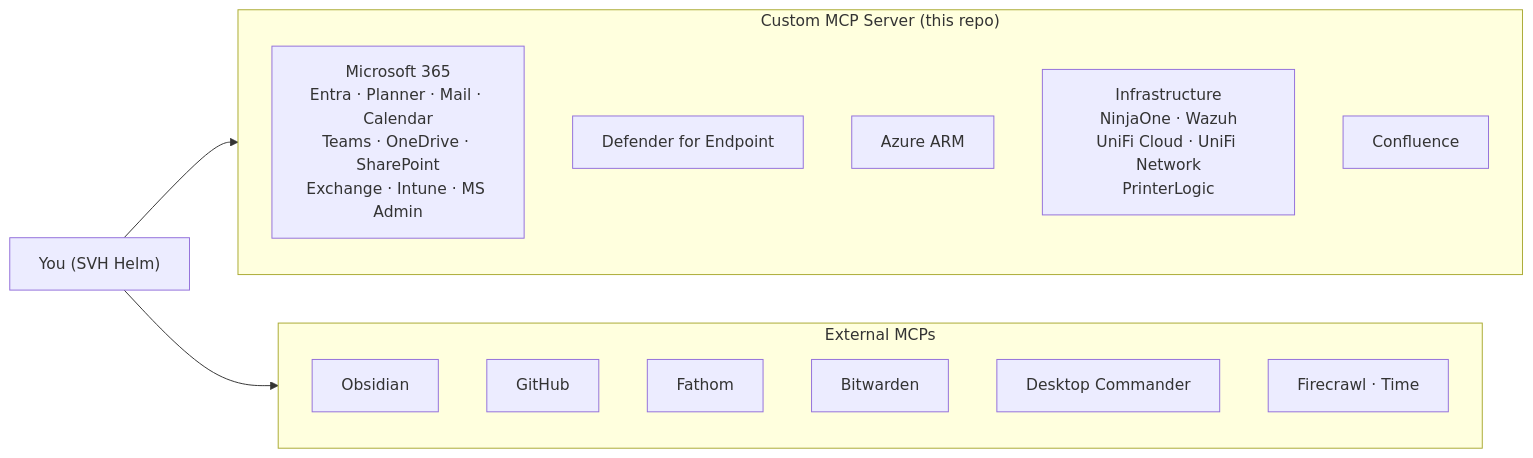
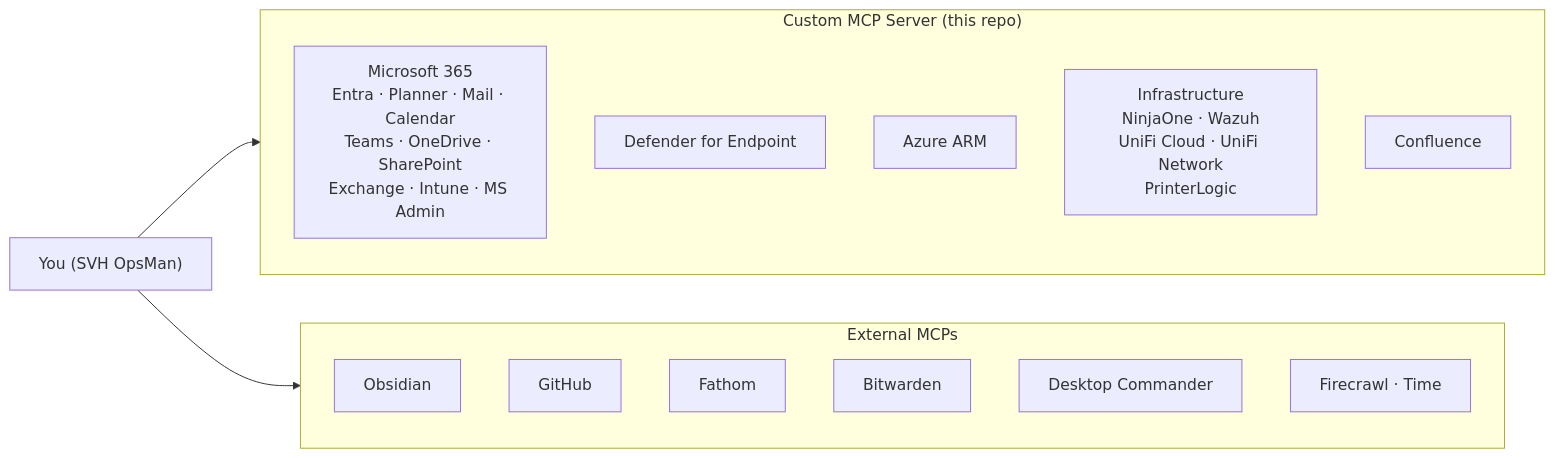
Before and after one commit to aarvens1/SVH-OpsMan: the first of 2 diagrams in README.md, drawn with Mermaid. The commit also changed other lines of this file and 3 other files, not shown here.

First line of the commit message:
Revert SVH Helm rebrand — product name is SVH OpsMan

````diff
--- a/README.md
+++ b/README.md
@@ -19,25 +19,25 @@
 ```mermaid
 graph LR
-    You["You (SVH Helm)"]
+    You["You (SVH OpsMan)"]
 
     subgraph Custom["Custom MCP Server (this repo)"]
         direction TB
         MS["Microsoft 365\nEntra · Planner · Mail · Calendar\nTeams · OneDrive · SharePoint\nExchange · Intune · MS Admin"]
         MDE["Defender for Endpoint"]
         AZ["Azure ARM"]
         INFRA["Infrastructure\nNinjaOne · Wazuh\nUniFi Cloud · UniFi Network\nPrinterLogic"]
         CONF["Confluence"]
     end
 
     subgraph External["External MCPs"]
         OBS["Obsidian"]
         GH["GitHub"]
         FATHOM["Fathom"]
         BW["Bitwarden"]
         DC["Desktop Commander"]
         OTHER["Firecrawl · Time"]
     end
 
     You --> Custom
     You --> External
 ```
````
